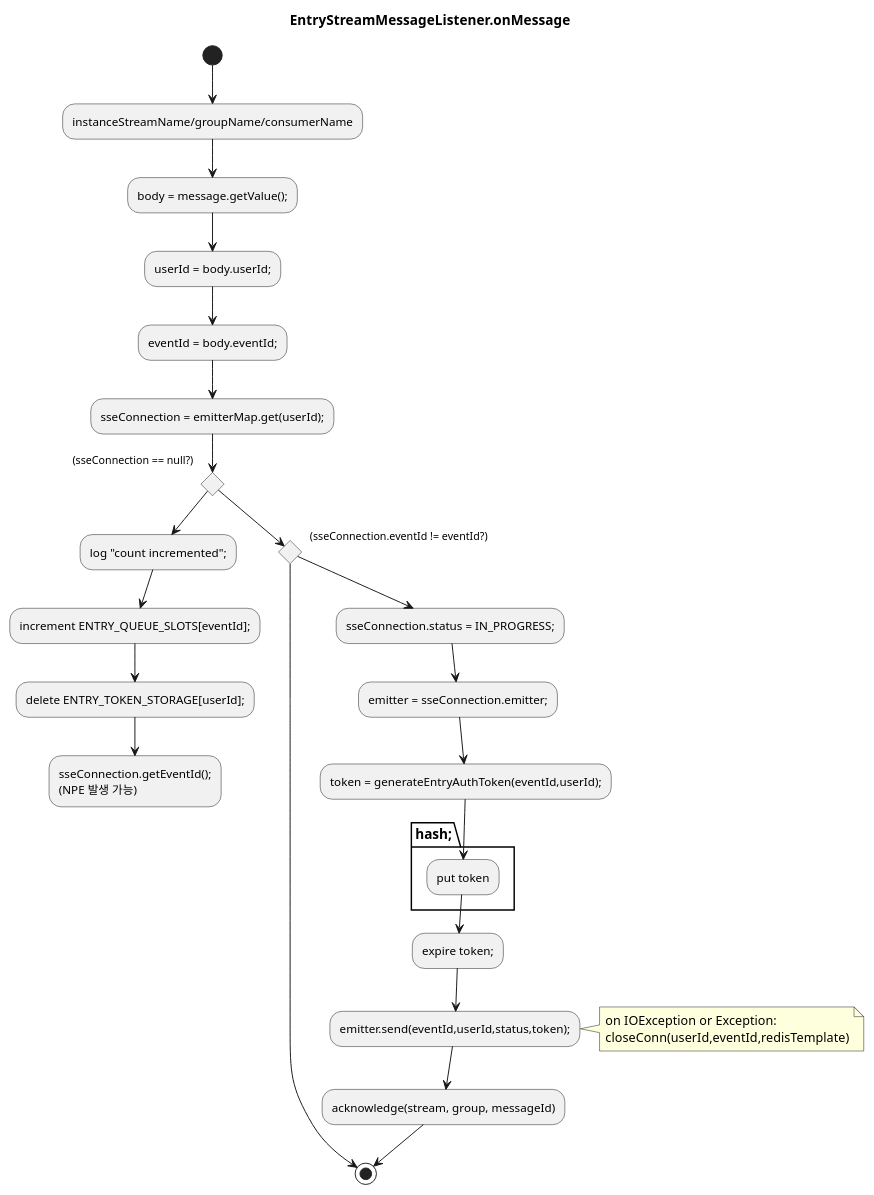
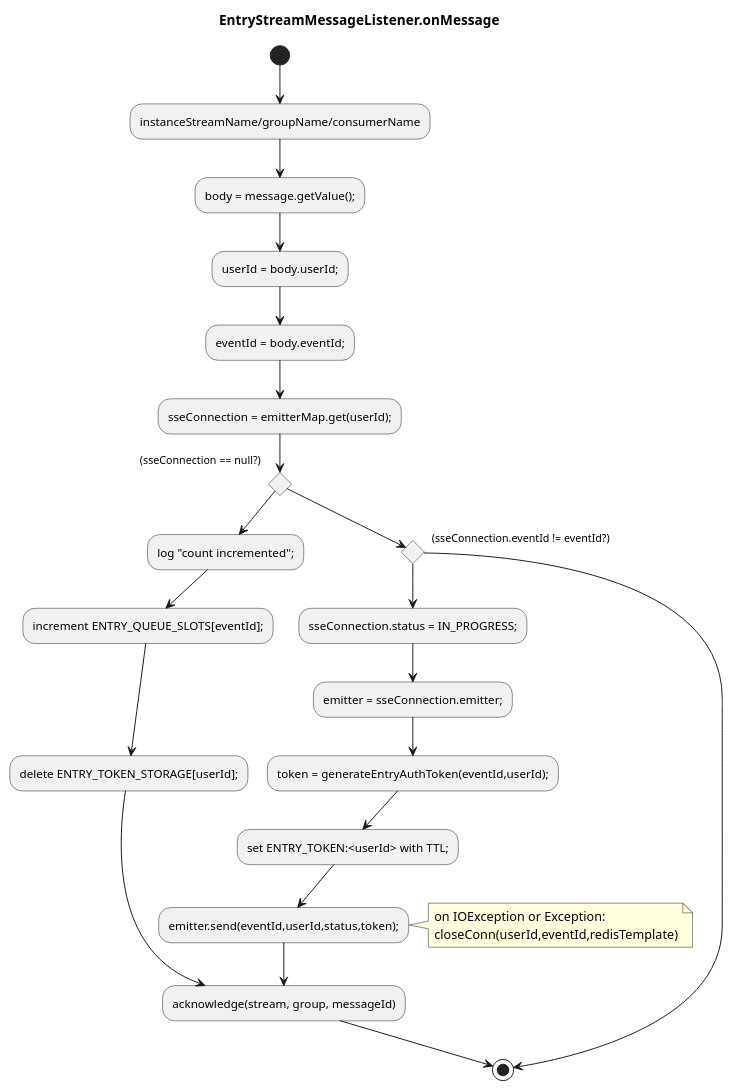
One commit to omegafrog/ticketon-DDD changed the diagram in docs/troubleshooting/entry-dispatch-sse-null-ack.md. Above: the diagram before and after it, drawn with PlantUML. The commit also changed other lines of this file and 103 other files, not shown here.

````diff
--- a/docs/troubleshooting/entry-dispatch-sse-null-ack.md
+++ b/docs/troubleshooting/entry-dispatch-sse-null-ack.md
@@ -26,37 +27,36 @@
 ```plantuml
 @startuml
 title EntryStreamMessageListener.onMessage
 
 (*) --> instanceStreamName/groupName/consumerName
 -->body = message.getValue();
 -->userId = body.userId;
 -->eventId = body.eventId;
 -->sseConnection = emitterMap.get(userId);
 
 if (sseConnection == null?) then 
   -->log "count incremented";
   -->increment ENTRY_QUEUE_SLOTS[eventId];
   -->delete ENTRY_TOKEN_STORAGE[userId];
-  -->sseConnection.getEventId();\n(NPE 발생 가능)
+  -->acknowledge(stream, group, messageId)
 else
   if (sseConnection.eventId != eventId?) then
   --> (*)
   else 
     -->sseConnection.status = IN_PROGRESS;
     -->emitter = sseConnection.emitter;
     -->token = generateEntryAuthToken(eventId,userId);
-    -->put token in hash;
-    -->expire token;
+    -->set ENTRY_TOKEN:<userId> with TTL;
 
     -->emitter.send(eventId,userId,status,token);
     note right
       on IOException or Exception:
       closeConn(userId,eventId,redisTemplate)
     end note
 
     -->acknowledge(stream, group, messageId)
     -->(*)
   endif
   
 @enduml
 ```
````
